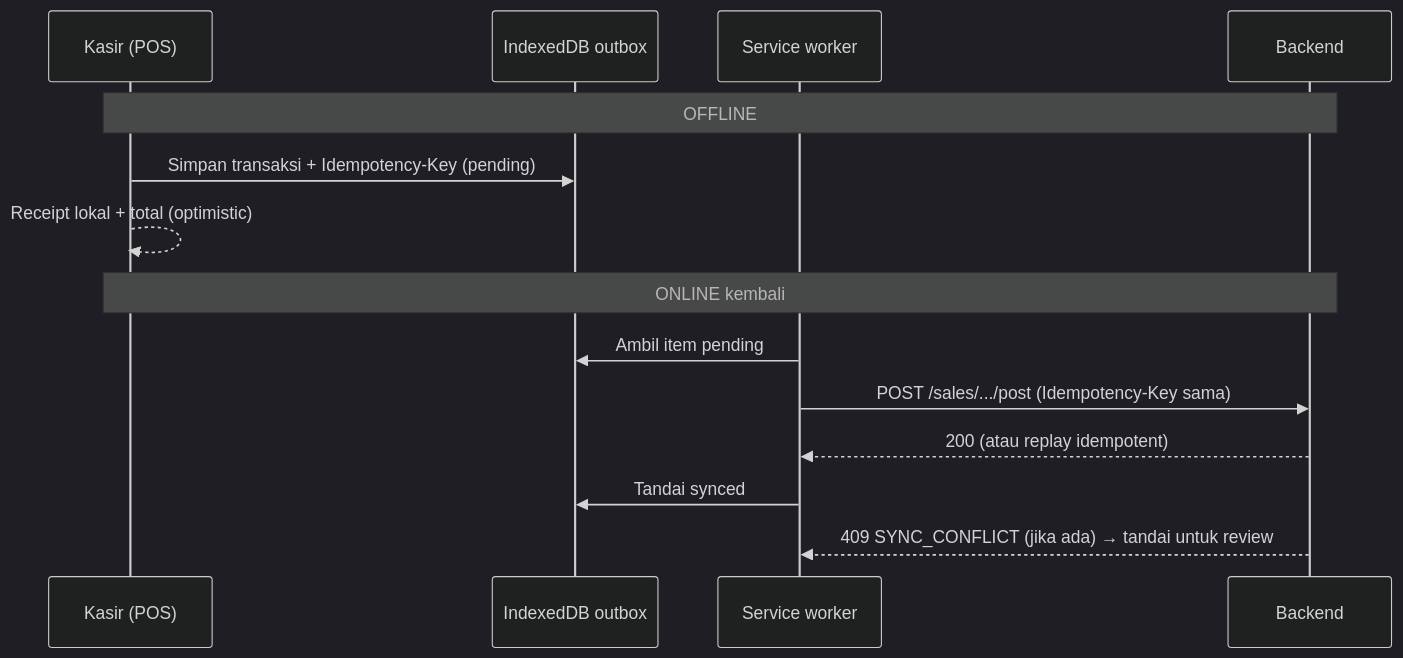
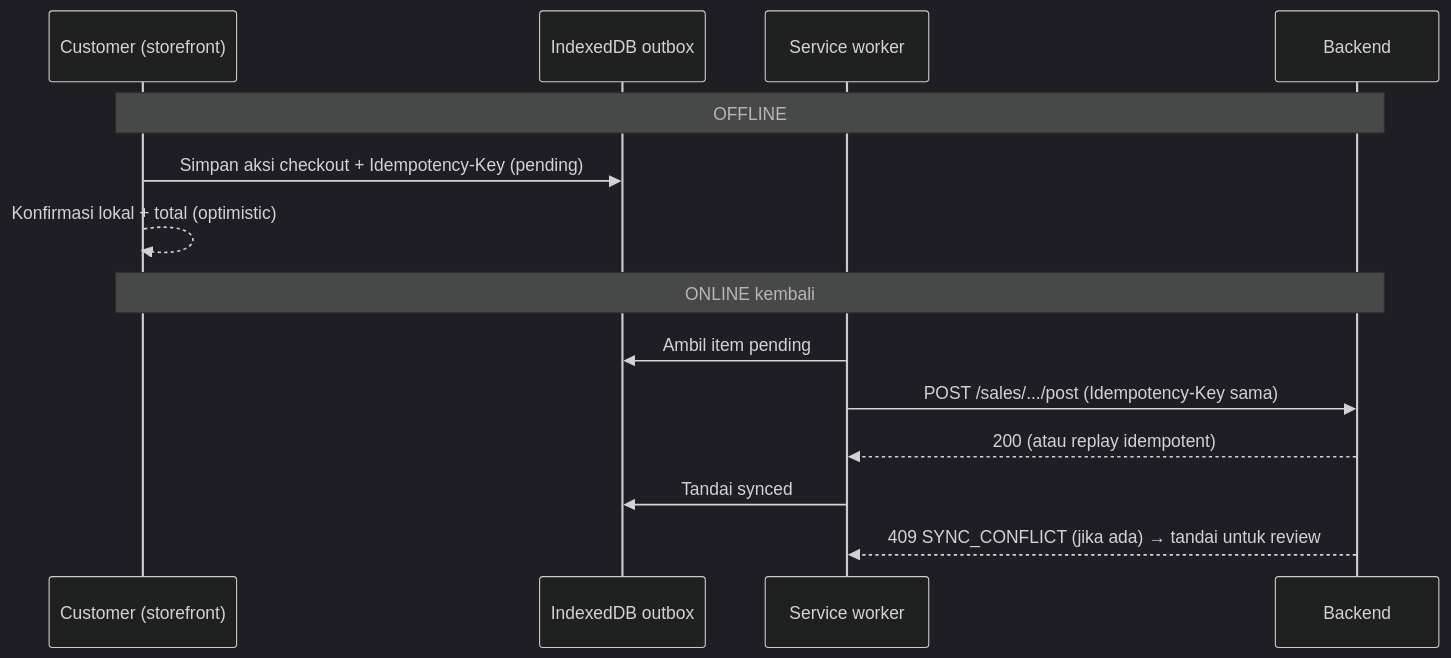
Before and after one commit to ahliweb/awcms-micro: the third of 3 diagrams in docs/awcms-micro/15_frontend_architecture_integration.md, drawn with Mermaid (dark theme). The commit also changed other lines of this file and 24 other files, not shown here.

````diff
--- a/docs/awcms-micro/15_frontend_architecture_integration.md
+++ b/docs/awcms-micro/15_frontend_architecture_integration.md
@@ -187,16 +187,16 @@
 ```mermaid
 sequenceDiagram
-  participant K as Kasir (POS)
+  participant K as Customer (storefront)
   participant IDB as IndexedDB outbox
   participant SW as Service worker
   participant API as Backend
   Note over K,API: OFFLINE
-  K->>IDB: Simpan transaksi + Idempotency-Key (pending)
-  K-->>K: Receipt lokal + total (optimistic)
+  K->>IDB: Simpan aksi checkout + Idempotency-Key (pending)
+  K-->>K: Konfirmasi lokal + total (optimistic)
   Note over K,API: ONLINE kembali
   SW->>IDB: Ambil item pending
   SW->>API: POST /sales/.../post (Idempotency-Key sama)
   API-->>SW: 200 (atau replay idempotent)
   SW->>IDB: Tandai synced
   API-->>SW: 409 SYNC_CONFLICT (jika ada) → tandai untuk review
 ```
````
